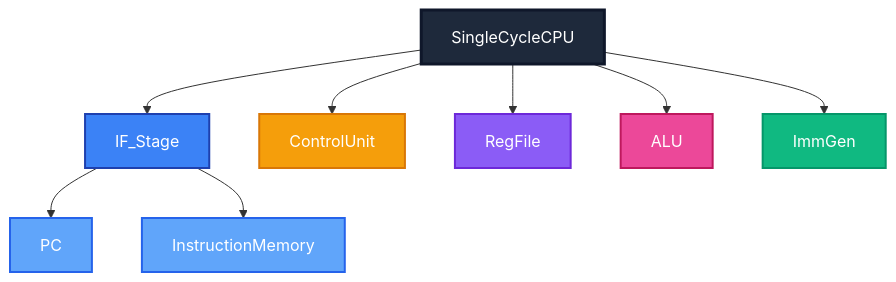
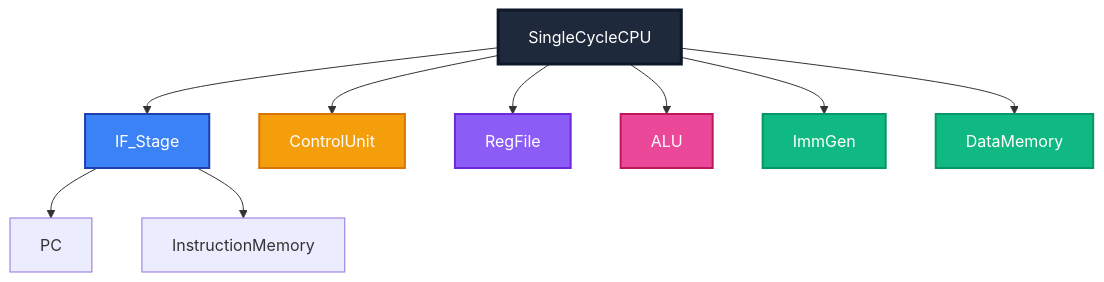
Before and after one commit to cshieldsce/riscv-cpu: the second of 3 diagrams in README.md, drawn with Mermaid. The commit also changed other lines of this file, not shown here.

Commit message:
docs: Add new diagram and update README.md for current architecture

````diff
--- a/README.md
+++ b/README.md
@@ -106,22 +137,22 @@
 ```mermaid
 graph TD
     CPU[SingleCycleCPU]
     
     CPU --> IFS[IF_Stage]
     CPU --> CU[ControlUnit]
     CPU --> RF[RegFile]
     CPU --> ALU[ALU]
     CPU --> IG[ImmGen]
+    CPU --> DM[DataMemory]
     
     IFS --> PC[PC]
     IFS --> IM[InstructionMemory]
     
     style CPU fill:#1e293b,stroke:#0f172a,stroke-width:3px,color:#fff
     style IFS fill:#3b82f6,stroke:#1e40af,stroke-width:2px,color:#fff
     style CU fill:#f59e0b,stroke:#d97706,stroke-width:2px,color:#fff
     style RF fill:#8b5cf6,stroke:#6d28d9,stroke-width:2px,color:#fff
     style ALU fill:#ec4899,stroke:#be185d,stroke-width:2px,color:#fff
     style IG fill:#10b981,stroke:#059669,stroke-width:2px,color:#fff
-    style PC fill:#60a5fa,stroke:#2563eb,stroke-width:2px,color:#fff
-    style IM fill:#60a5fa,stroke:#2563eb,stroke-width:2px,color:#fff
+    style DM fill:#10b981,stroke:#059669,stroke-width:2px,color:#fff
 ```
````
